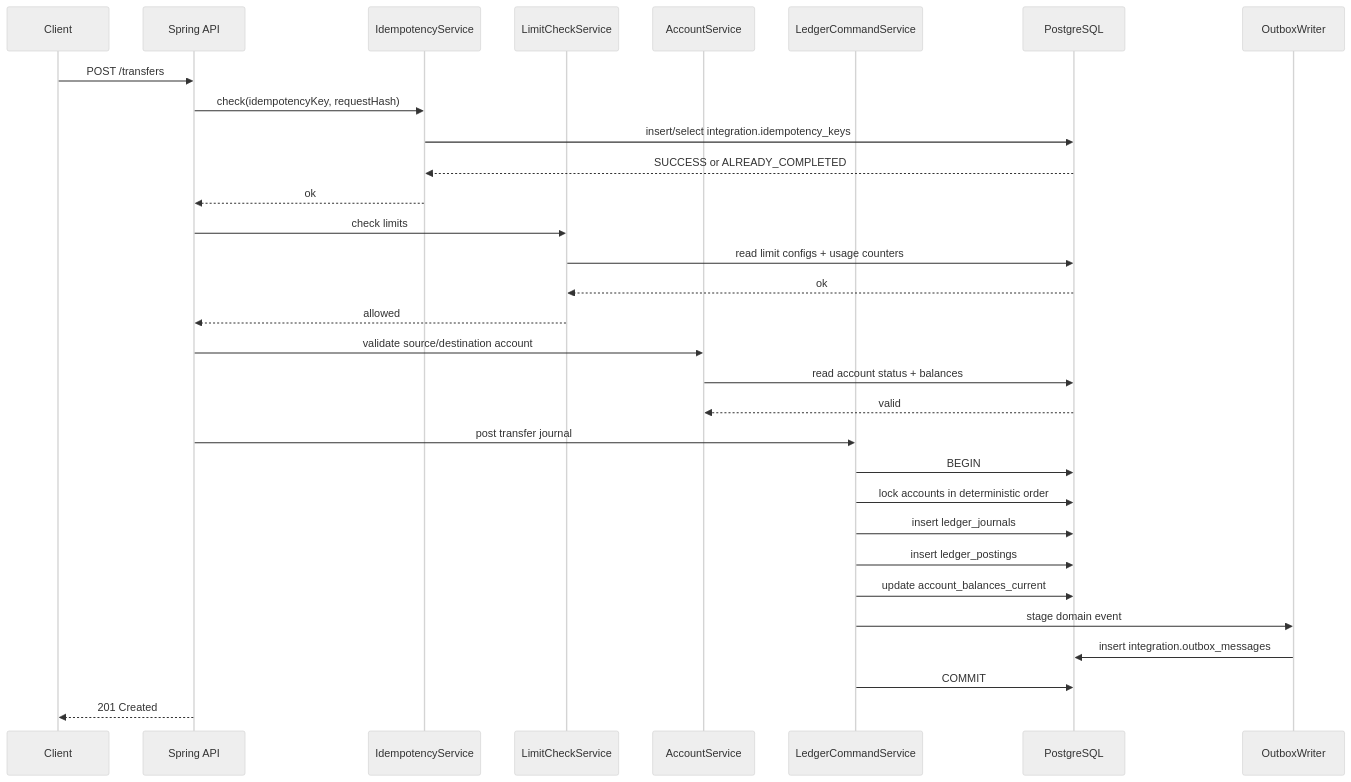
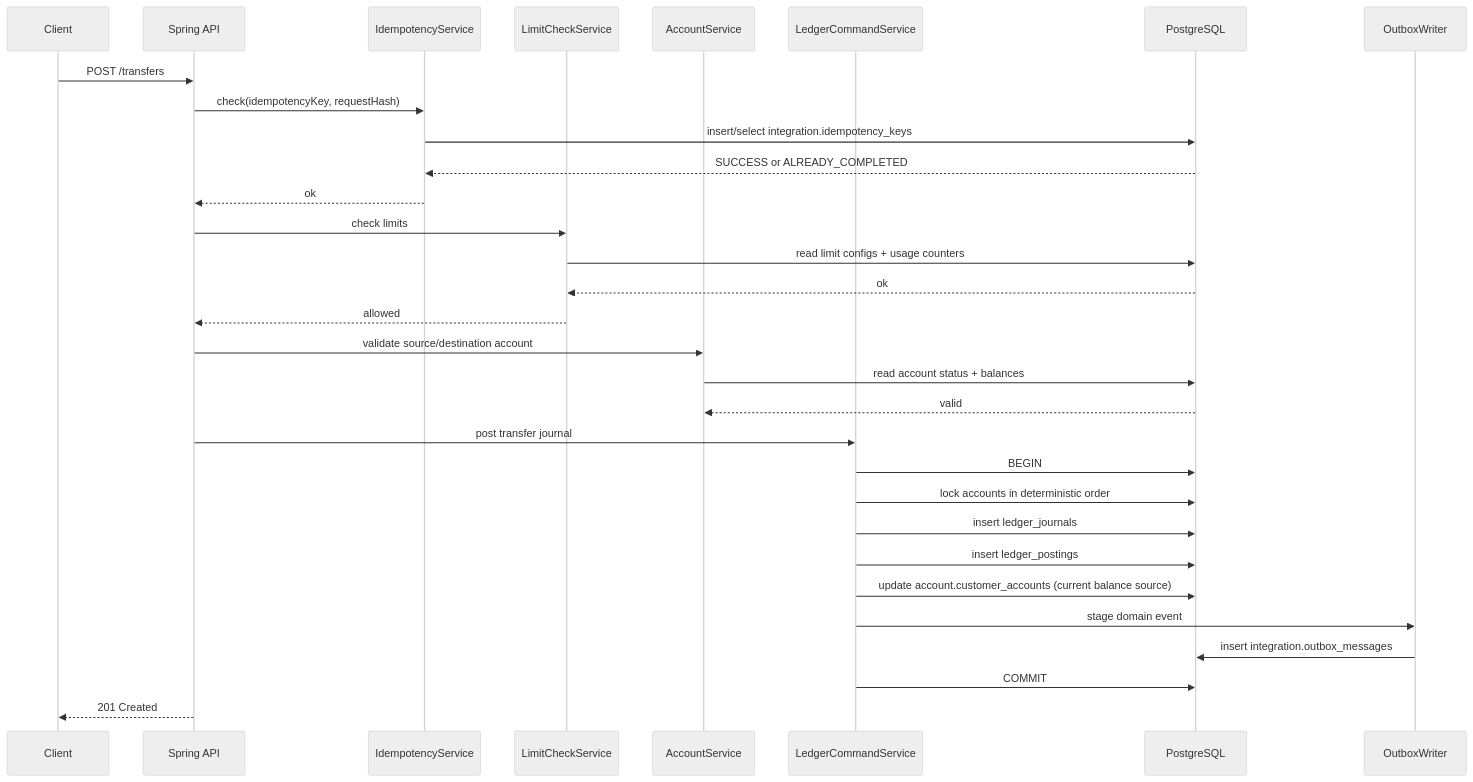
Before and after one commit to MaiHuyHoang592004/corebank-api: the first of 11 diagrams in 16-sequence-diagrams.md, drawn with Mermaid (neutral theme). The commit also changed other lines of this file and 8 other files, not shown here.

Commit message:
docs: sync progress and architecture notes; remove local agent artifact

````diff
--- a/16-sequence-diagrams.md
+++ b/16-sequence-diagrams.md
@@ -10,38 +10,38 @@
 ```mermaid
 sequenceDiagram
     participant C as Client
     participant API as Spring API
     participant IDS as IdempotencyService
     participant LIM as LimitCheckService
     participant ACC as AccountService
     participant LED as LedgerCommandService
     participant DB as PostgreSQL
     participant OUT as OutboxWriter
 
     C->>API: POST /transfers
     API->>IDS: check(idempotencyKey, requestHash)
     IDS->>DB: insert/select integration.idempotency_keys
     DB-->>IDS: SUCCESS or ALREADY_COMPLETED
     IDS-->>API: ok
 
     API->>LIM: check limits
     LIM->>DB: read limit configs + usage counters
     DB-->>LIM: ok
     LIM-->>API: allowed
 
     API->>ACC: validate source/destination account
     ACC->>DB: read account status + balances
     DB-->>ACC: valid
 
     API->>LED: post transfer journal
     LED->>DB: BEGIN
     LED->>DB: lock accounts in deterministic order
     LED->>DB: insert ledger_journals
     LED->>DB: insert ledger_postings
-    LED->>DB: update account_balances_current
+    LED->>DB: update account.customer_accounts (current balance source)
     LED->>OUT: stage domain event
     OUT->>DB: insert integration.outbox_messages
     LED->>DB: COMMIT
 
     API-->>C: 201 Created
 ```
````
